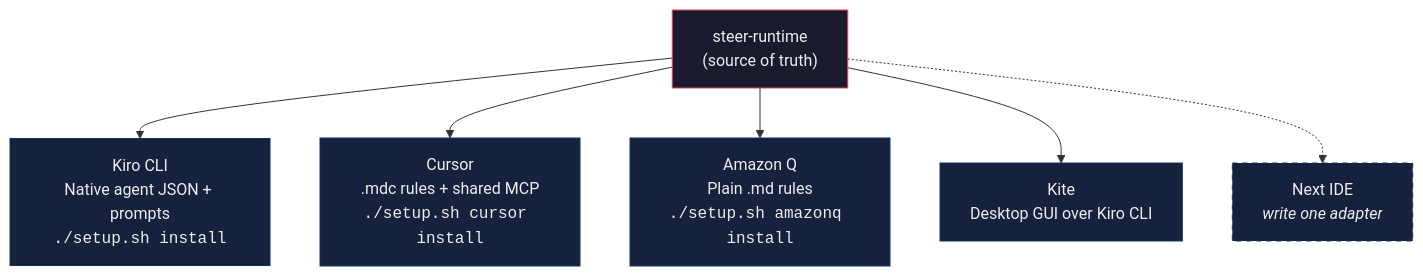
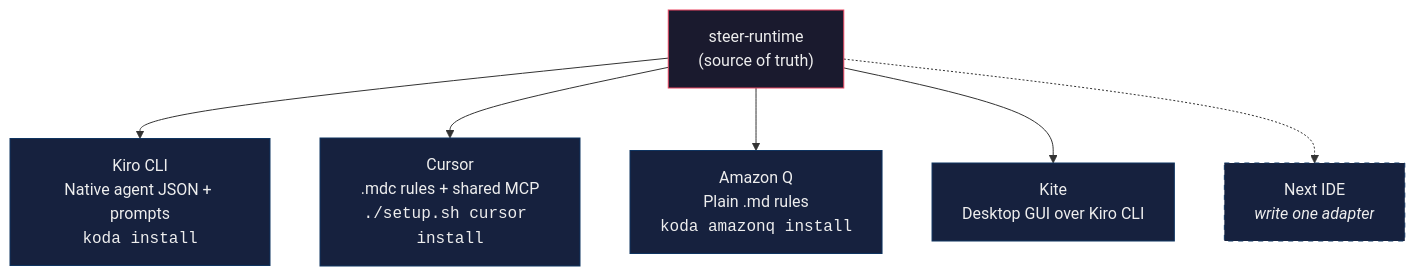
One commit to rsanchez-disney/steer-runtime changed the fourth of 4 diagrams in docs/PROJECT_OVERVIEW.md. Above: the diagram before and after it, drawn with Mermaid. The commit also changed other lines of this file and 21 other files, not shown here.

First line of the commit message:
docs: migrate setup.sh references to koda across all documentation

````diff
--- a/docs/PROJECT_OVERVIEW.md
+++ b/docs/PROJECT_OVERVIEW.md
@@ -292,16 +292,16 @@
 ```mermaid
 graph TD
     src["steer-runtime<br/>(source of truth)"]
-    src --> kiro["Kiro CLI<br/>Native agent JSON + prompts<br/><code>./setup.sh install</code>"]
+    src --> kiro["Kiro CLI<br/>Native agent JSON + prompts<br/><code>koda install</code>"]
     src --> cursor["Cursor<br/>.mdc rules + shared MCP<br/><code>./setup.sh cursor install</code>"]
-    src --> amazonq["Amazon Q<br/>Plain .md rules<br/><code>./setup.sh amazonq install</code>"]
+    src --> amazonq["Amazon Q<br/>Plain .md rules<br/><code>koda amazonq install</code>"]
     src --> kite["Kite<br/>Desktop GUI over Kiro CLI"]
     src -.-> next["Next IDE<br/><i>write one adapter</i>"]
 
     style src fill:#1a1a2e,stroke:#e94560,color:#eee
     style kiro fill:#16213e,stroke:#0f3460,color:#eee
     style cursor fill:#16213e,stroke:#0f3460,color:#eee
     style amazonq fill:#16213e,stroke:#0f3460,color:#eee
     style kite fill:#16213e,stroke:#0f3460,color:#eee
     style next fill:#16213e,stroke:#0f3460,color:#eee,stroke-dasharray: 5 5
 ```
````
